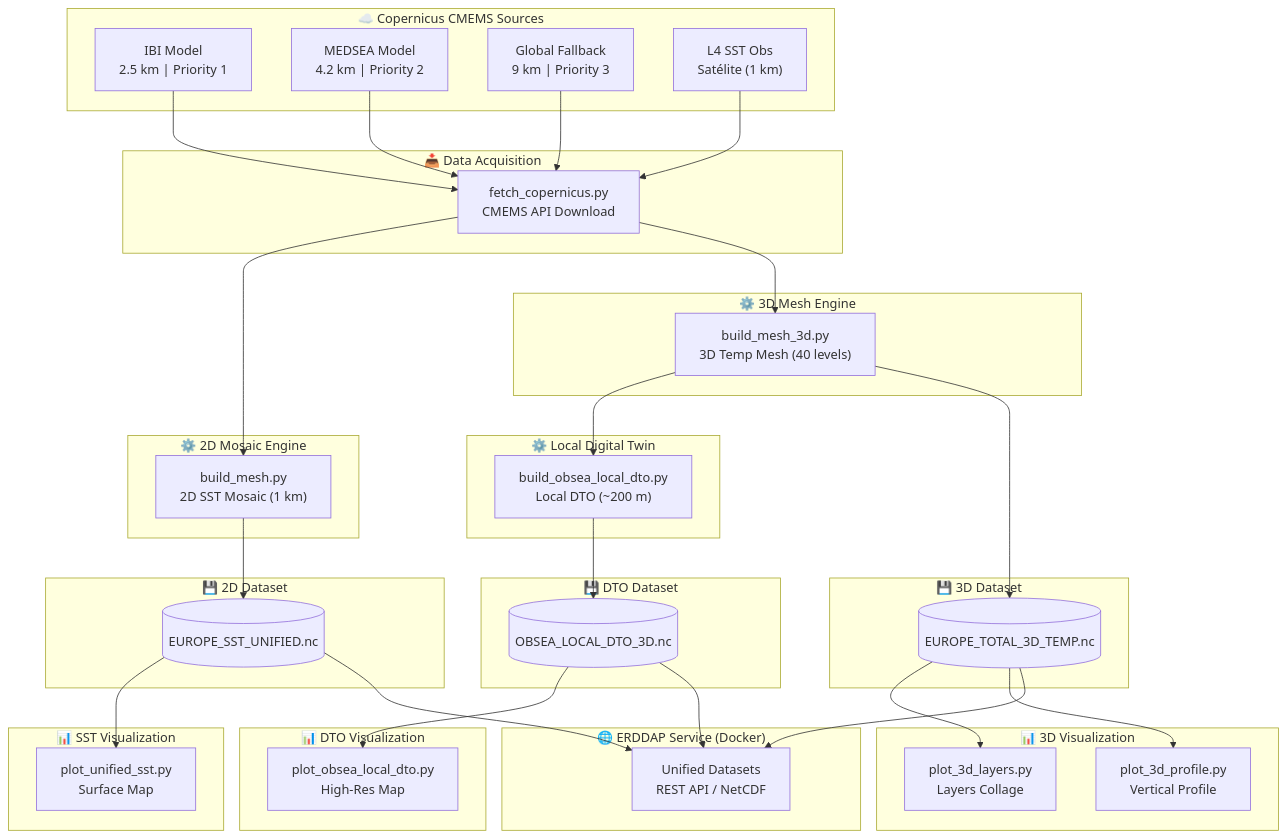
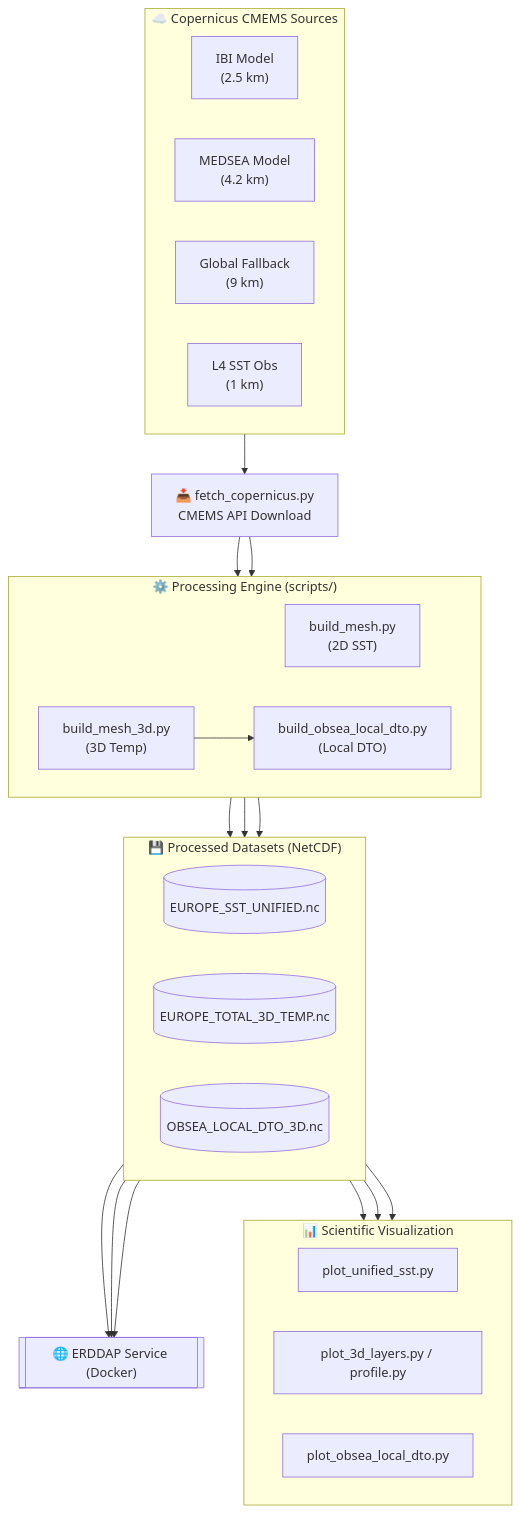
Before and after one commit to uripratt/erdap_digi4eco: the diagram in README.md, drawn with Mermaid.

Commit message:
docs: optimize Mermaid layout for horizontal symmetry

````diff
--- a/README.md
+++ b/README.md
@@ -16,68 +16,51 @@
 ```mermaid
 graph TD
-    subgraph CMEMS["☁️ Copernicus CMEMS Sources"]
-        IBI["IBI Model<br/>2.5 km | Priority 1"]
-        MED["MEDSEA Model<br/>4.2 km | Priority 2"]
-        GLO["Global Fallback<br/>9 km | Priority 3"]
-        SST["L4 SST Obs<br/>Satélite (1 km)"]
+    subgraph SOURCES["☁️ Copernicus CMEMS Sources"]
+        direction LR
+        IBI["IBI Model<br/>(2.5 km)"]
+        MED["MEDSEA Model<br/>(4.2 km)"]
+        GLO["Global Fallback<br/>(9 km)"]
+        SST["L4 SST Obs<br/>(1 km)"]
     end
 
-    subgraph INGESTION["📥 Data Acquisition"]
-        Fetch["fetch_copernicus.py<br/>CMEMS API Download"]
+    Fetch["📥 fetch_copernicus.py<br/>CMEMS API Download"]
+
+    subgraph PIPELINE["⚙️ Processing Engine (scripts/)"]
+        direction LR
+        Mesh2D["build_mesh.py<br/>(2D SST)"]
+        Mesh3D["build_mesh_3d.py<br/>(3D Temp)"]
+        DTO["build_obsea_local_dto.py<br/>(Local DTO)"]
     end
 
-    %% Columna 1: 2D SST
-    subgraph PROC_2D["⚙️ 2D Mosaic Engine"]
-        Mesh2D["build_mesh.py<br/>2D SST Mosaic (1 km)"]
-    end
-    subgraph DATA_2D["💾 2D Dataset"]
-        SST_NC[("EUROPE_SST_UNIFIED.nc")]
-    end
-    subgraph VIS_2D["📊 SST Visualization"]
-        P1["plot_unified_sst.py<br/>Surface Map"]
+    subgraph DATASETS["💾 Processed Datasets (NetCDF)"]
+        direction LR
+        NC_SST[("EUROPE_SST_UNIFIED.nc")]
+        NC_3D[("EUROPE_TOTAL_3D_TEMP.nc")]
+        NC_DTO[("OBSEA_LOCAL_DTO_3D.nc")]
     end
 
-    %% Columna 2: 3D Temperature
-    subgraph PROC_3D["⚙️ 3D Mesh Engine"]
-        Mesh3D["build_mesh_3d.py<br/>3D Temp Mesh (40 levels)"]
-    end
-    subgraph DATA_3D["💾 3D Dataset"]
-        TEMP3D_NC[("EUROPE_TOTAL_3D_TEMP.nc")]
-    end
-    subgraph VIS_3D["📊 3D Visualization"]
-        P2["plot_3d_layers.py<br/>Layers Collage"]
-        P3["plot_3d_profile.py<br/>Vertical Profile"]
+    subgraph VISUALIZATION["📊 Scientific Visualization"]
+        direction LR
+        V1["plot_unified_sst.py"]
+        V2["plot_3d_layers.py / profile.py"]
+        V3["plot_obsea_local_dto.py"]
     end
 
-    %% Columna 3: Local DTO
-    subgraph PROC_DTO["⚙️ Local Digital Twin"]
-        DTO["build_obsea_local_dto.py<br/>Local DTO (~200 m)"]
-    end
-    subgraph DATA_DTO["💾 DTO Dataset"]
-        DTO_NC[("OBSEA_LOCAL_DTO_3D.nc")]
-    end
-    subgraph VIS_DTO["📊 DTO Visualization"]
-        P5["plot_obsea_local_dto.py<br/>High-Res Map"]
-    end
+    ERDDAP[["🌐 ERDDAP Service (Docker)"]]
 
-    subgraph ERDDAP_SVC["🌐 ERDDAP Service (Docker)"]
-        DS["Unified Datasets<br/>REST API / NetCDF"]
-    end
-
-    %% Conexiones
-    IBI & MED & GLO & SST --> Fetch
-    
+    %% Connections
+    SOURCES --> Fetch
     Fetch --> Mesh2D
     Fetch --> Mesh3D
     Mesh3D --> DTO
 
-    Mesh2D --> SST_NC
-    Mesh3D --> TEMP3D_NC
-    DTO --> DTO_NC
+    Mesh2D --> NC_SST
+    Mesh3D --> NC_3D
+    DTO --> NC_DTO
 
-    SST_NC --> P1
-    TEMP3D_NC --> P2 & P3
-    DTO_NC --> P5
+    NC_SST --> V1
+    NC_3D --> V2
+    NC_DTO --> V3
 
-    SST_NC & TEMP3D_NC & DTO_NC --> DS
+    NC_SST & NC_3D & NC_DTO --> ERDDAP
 ```
````
